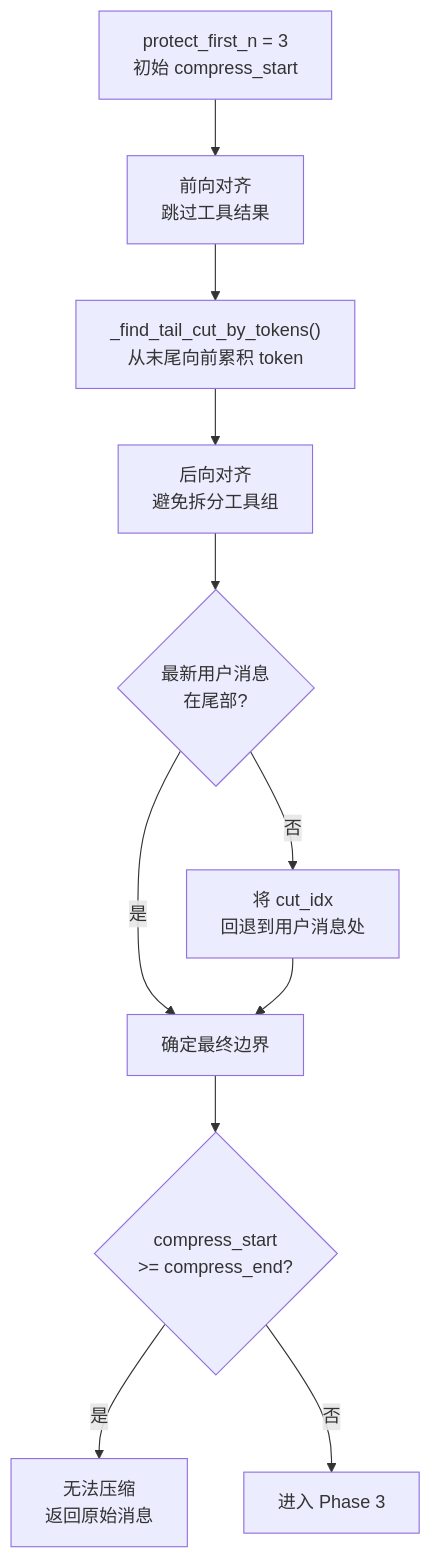
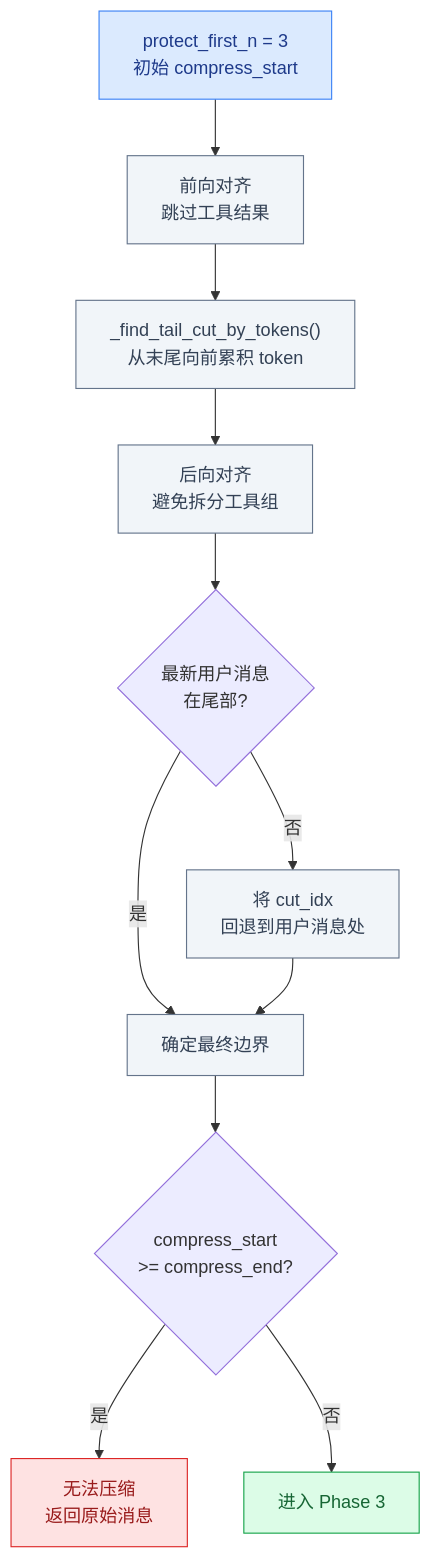
Before and after one commit to pty819/hermes-docs: the fourth of 5 diagrams in chapters/context-compression.rst, drawn with Mermaid. The commit also changed other lines of this file and 27 other files, not shown here.

```diff
--- a/chapters/context-compression.rst
+++ b/chapters/context-compression.rst
@@ -548,13 +587,26 @@
 .. mermaid::
+   :name: fig-boundary-alignment
+   :caption: 压缩边界对齐流程（Phase 2）
 
    flowchart TD
        A["protect_first_n = 3<br/>初始 compress_start"] --> B["前向对齐<br/>跳过工具结果"]
        B --> C["_find_tail_cut_by_tokens()<br/>从末尾向前累积 token"]
        C --> D["后向对齐<br/>避免拆分工具组"]
        D --> E{"最新用户消息<br/>在尾部?"}
        E -- 是 --> F["确定最终边界"]
        E -- 否 --> G["将 cut_idx<br/>回退到用户消息处"]
        G --> F
        F --> H{"compress_start<br/>>= compress_end?"}
        H -- 是 --> I["无法压缩<br/>返回原始消息"]
        H -- 否 --> J["进入 Phase 3"]
+
+       class A start
+       class J success
+       class I fail
+       class B,C,D,F,G info
+
+       classDef start fill:#dbeafe,stroke:#3b82f6,color:#1e3a8a
+       classDef success fill:#dcfce7,stroke:#16a34a,color:#166534
+       classDef warn fill:#fef9c3,stroke:#ca8a04,color:#854d0e
+       classDef fail fill:#fee2e2,stroke:#dc2626,color:#991b1b
+       classDef info fill:#f1f5f9,stroke:#64748b,color:#334155
```
